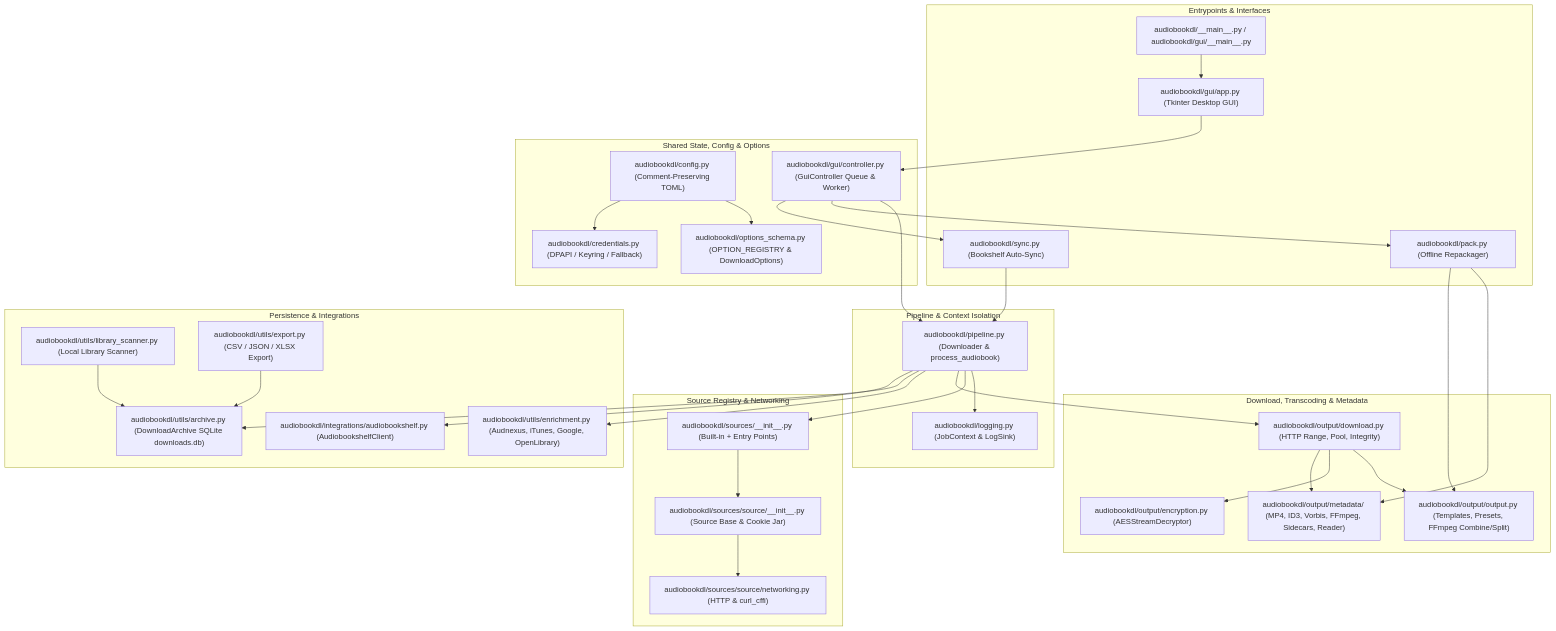
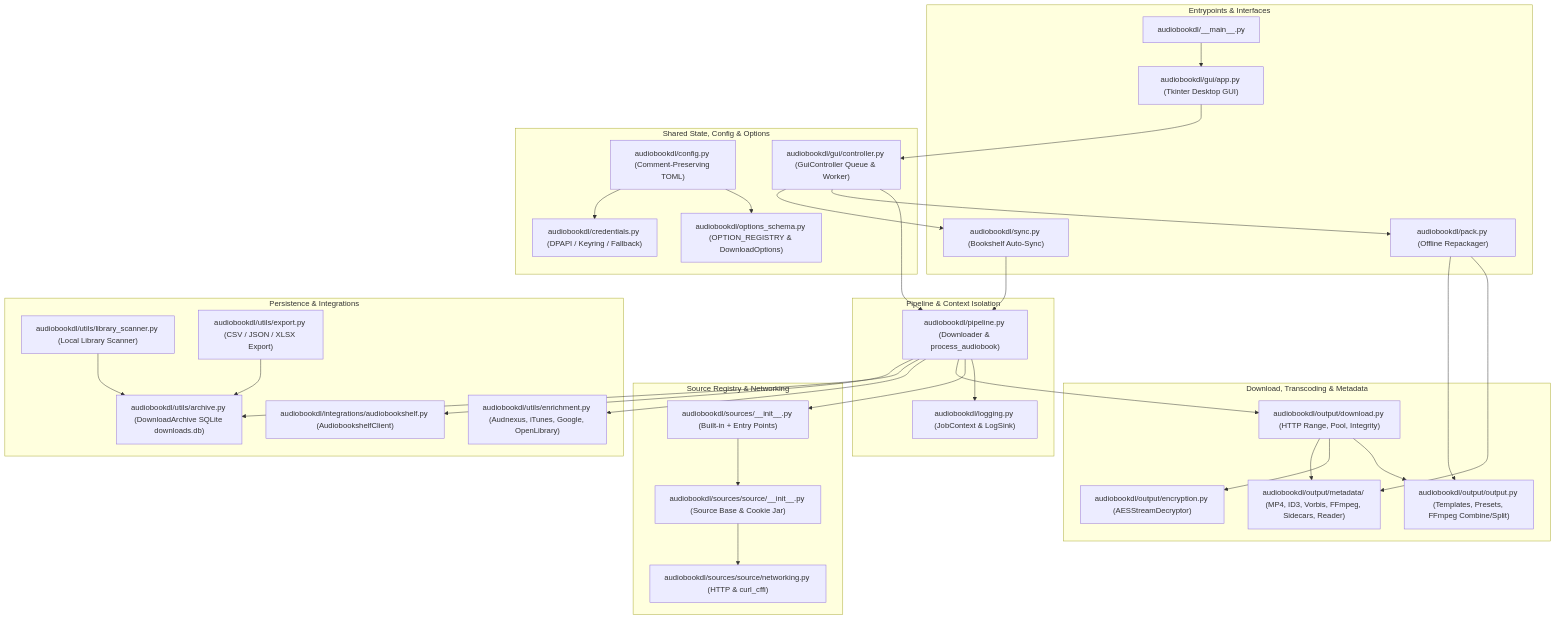
The first of 2 diagrams in docs/architecture.md (AndersonDiego42/audiobook-dl), drawn with Mermaid before and after one commit. The commit also changed 41 other files, not shown here.

````diff
--- a/docs/architecture.md
+++ b/docs/architecture.md
@@ -7,66 +7,66 @@
 ```mermaid
 flowchart TD
     subgraph Entrypoints["Entrypoints & Interfaces"]
-        ENTRY["audiobookdl/__main__.py / audiobookdl/gui/__main__.py"]
+        ENTRY["audiobookdl/__main__.py"]
         GUI["audiobookdl/gui/app.py (Tkinter Desktop GUI)"]
         PACK["audiobookdl/pack.py (Offline Repackager)"]
         SYNC["audiobookdl/sync.py (Bookshelf Auto-Sync)"]
     end
 
     subgraph Control["Shared State, Config & Options"]
         SCHEMA["audiobookdl/options_schema.py (OPTION_REGISTRY & DownloadOptions)"]
         CFG["audiobookdl/config.py (Comment-Preserving TOML)"]
         CRED["audiobookdl/credentials.py (DPAPI / Keyring / Fallback)"]
         CTRL["audiobookdl/gui/controller.py (GuiController Queue & Worker)"]
     end
 
     subgraph Core["Pipeline & Context Isolation"]
         PIPE["audiobookdl/pipeline.py (Downloader & process_audiobook)"]
         LOG["audiobookdl/logging.py (JobContext & LogSink)"]
     end
 
     subgraph Sources["Source Registry & Networking"]
         SREG["audiobookdl/sources/__init__.py (Built-in + Entry Points)"]
         SBASE["audiobookdl/sources/source/__init__.py (Source Base & Cookie Jar)"]
         SNET["audiobookdl/sources/source/networking.py (HTTP & curl_cffi)"]
     end
 
     subgraph Media["Download, Transcoding & Metadata"]
         DL["audiobookdl/output/download.py (HTTP Range, Pool, Integrity)"]
         OUT["audiobookdl/output/output.py (Templates, Presets, FFmpeg Combine/Split)"]
         ENC["audiobookdl/output/encryption.py (AESStreamDecryptor)"]
         META["audiobookdl/output/metadata/ (MP4, ID3, Vorbis, FFmpeg, Sidecars, Reader)"]
     end
 
     subgraph Persist["Persistence & Integrations"]
         DB["audiobookdl/utils/archive.py (DownloadArchive SQLite downloads.db)"]
         SCAN["audiobookdl/utils/library_scanner.py (Local Library Scanner)"]
         EXP["audiobookdl/utils/export.py (CSV / JSON / XLSX Export)"]
         ENR["audiobookdl/utils/enrichment.py (Audnexus, iTunes, Google, OpenLibrary)"]
         ABS["audiobookdl/integrations/audiobookshelf.py (AudiobookshelfClient)"]
     end
 
     ENTRY --> GUI
     GUI --> CTRL
     CTRL --> PIPE
     CTRL --> PACK
     CTRL --> SYNC
     CFG --> SCHEMA
     CFG --> CRED
     SYNC --> PIPE
     PIPE --> LOG
     PIPE --> SREG
     SREG --> SBASE
     SBASE --> SNET
     PIPE --> DL
     PIPE --> ENR
     PIPE --> DB
     PIPE --> ABS
     PACK --> META
     PACK --> OUT
     DL --> OUT
     DL --> ENC
     DL --> META
     SCAN --> DB
     EXP --> DB
 ```
````
